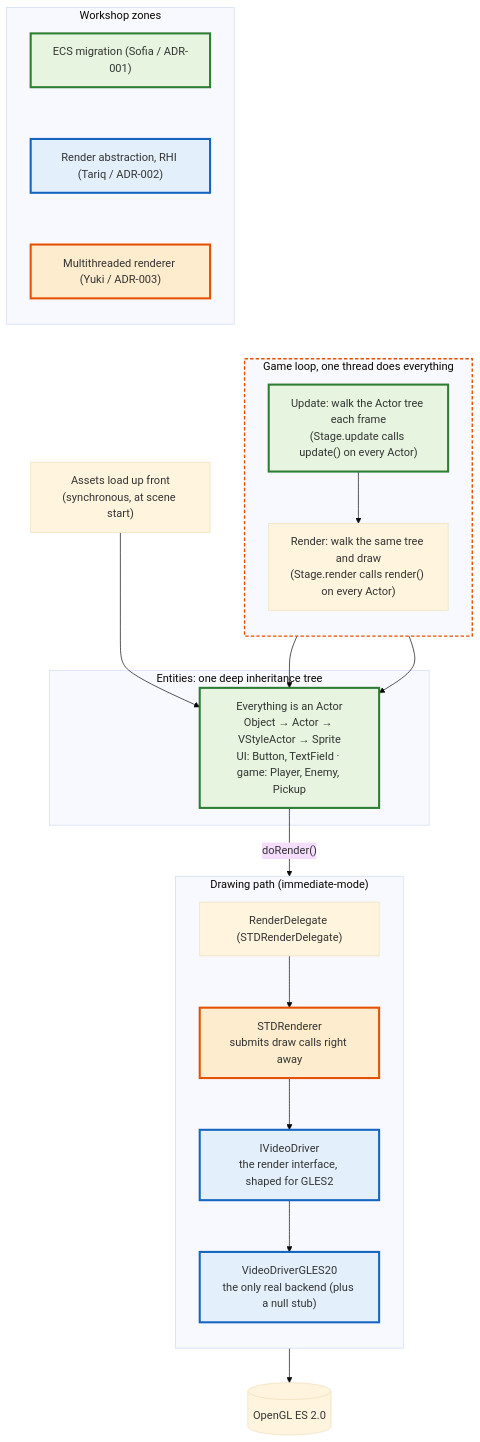
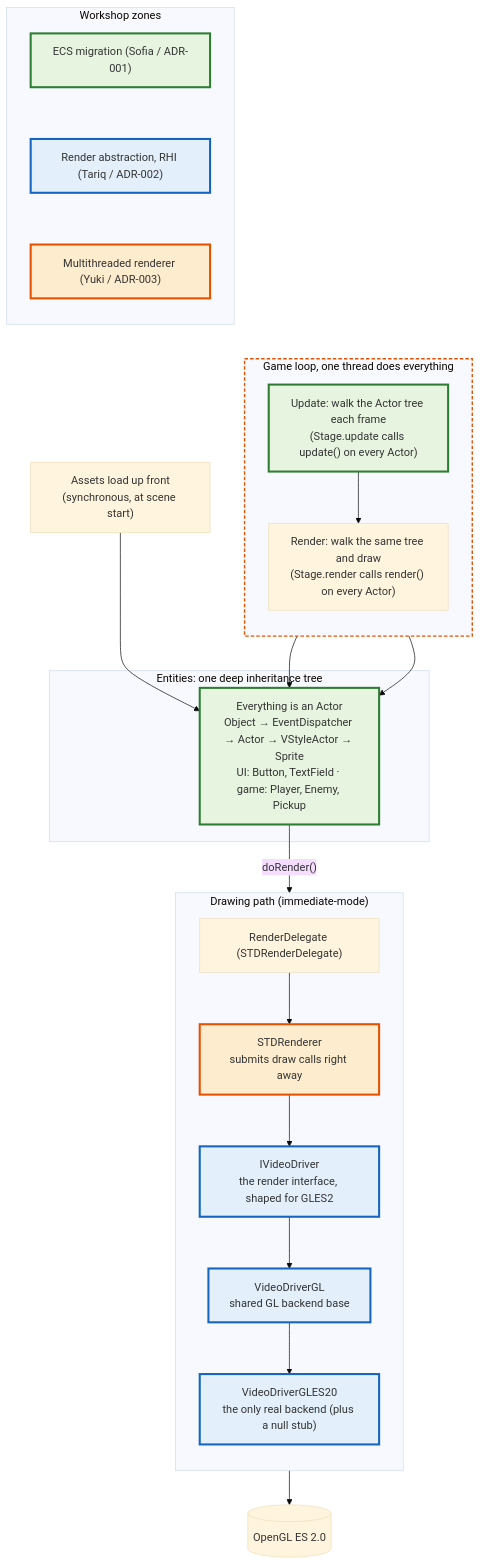
One commit to nebius-academy-templates/cpp-adaptation-of-agent-arch-reasoning changed the diagram in data/diagrams/current-architecture.md. Above: the diagram before and after it, drawn with Mermaid (base theme). The commit also changed 7 other files, not shown here.

````diff
--- a/data/diagrams/current-architecture.md
+++ b/data/diagrams/current-architecture.md
@@ -9,50 +9,52 @@
 ```mermaid
 graph TD
     subgraph Legend["Workshop zones"]
         direction TB
         L1["ECS migration (Sofia / ADR-001)"]
         L2["Render abstraction, RHI (Tariq / ADR-002)"]
         L3["Multithreaded renderer (Yuki / ADR-003)"]
         L1 ~~~ L2 ~~~ L3
     end
 
     Assets["Assets load up front<br>(synchronous, at scene start)"] --> Tree
 
     subgraph Loop["Game loop, one thread does everything"]
         direction TB
         Update["Update: walk the Actor tree each frame<br>(Stage.update calls update() on every Actor)"]
         Render["Render: walk the same tree and draw<br>(Stage.render calls render() on every Actor)"]
         Update --> Render
     end
 
     subgraph Entities["Entities: one deep inheritance tree"]
-        Tree["Everything is an Actor<br>Object → Actor → VStyleActor → Sprite<br>UI: Button, TextField · game: Player, Enemy, Pickup"]
+        Tree["Everything is an Actor<br>Object → EventDispatcher → Actor → VStyleActor → Sprite<br>UI: Button, TextField · game: Player, Enemy, Pickup"]
     end
 
     subgraph RenderStack["Drawing path (immediate-mode)"]
         direction TB
         Delegate["RenderDelegate (STDRenderDelegate)"]
         STD["STDRenderer<br>submits draw calls right away"]
         Driver["IVideoDriver<br>the render interface, shaped for GLES2"]
+        GLBase["VideoDriverGL<br>shared GL backend base"]
         Backend["VideoDriverGLES20<br>the only real backend (plus a null stub)"]
         Delegate --> STD
         STD --> Driver
-        Driver --> Backend
+        Driver --> GLBase
+        GLBase --> Backend
     end
 
     Update --> Tree
     Render --> Tree
     Tree -->|"doRender()"| Delegate
     Backend --> GPU[("OpenGL ES 2.0")]
 
     Legend ~~~ Assets
 
     classDef ecs fill:#e7f5e0,stroke:#2e7d32,stroke-width:3px;
     classDef rhi fill:#e3f0fb,stroke:#1565c0,stroke-width:3px;
     classDef thread fill:#fdeccd,stroke:#e65100,stroke-width:3px;
 
     class Tree,Update,L1 ecs;
-    class Driver,Backend,L2 rhi;
+    class Driver,GLBase,Backend,L2 rhi;
     class STD,L3 thread;
     style Loop stroke:#e65100,stroke-width:2px,stroke-dasharray:5 3;
 ```
````
